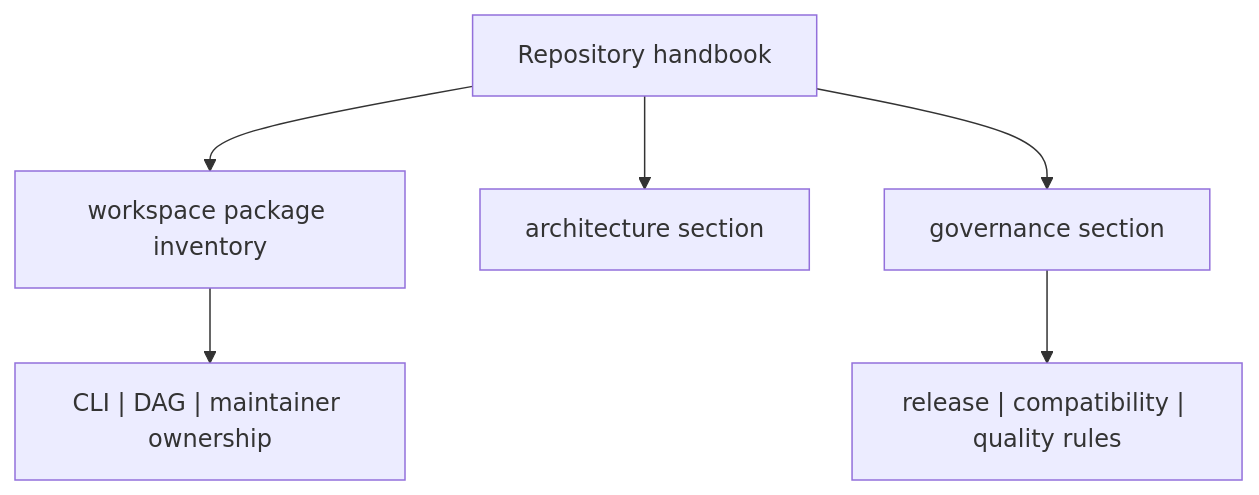
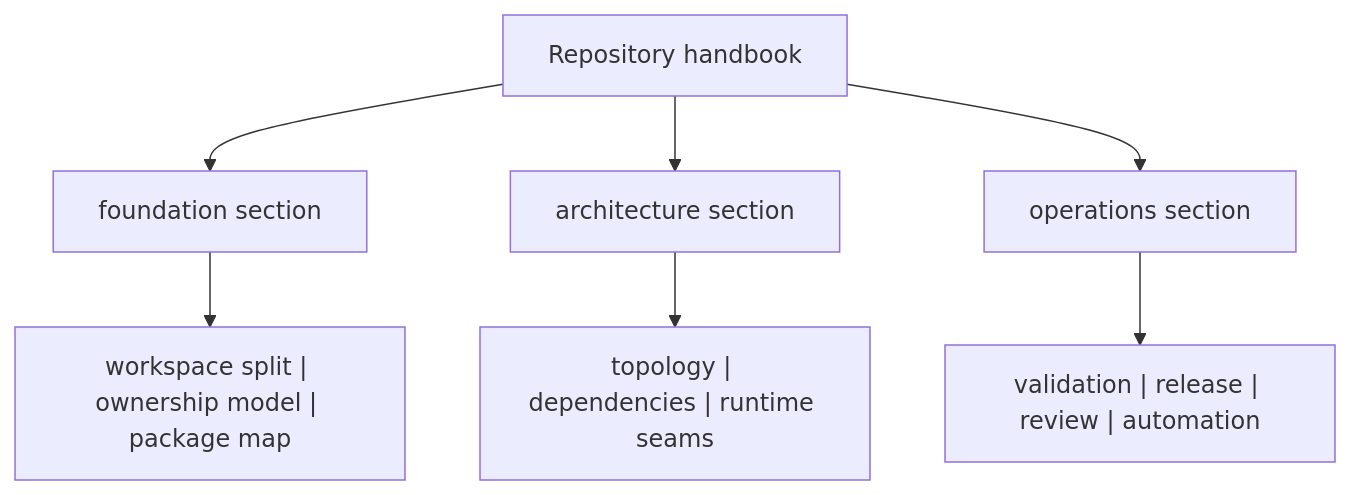
One commit to bijux/bijux-cli changed the diagram in docs/bijux-core/index.md. Above: the diagram before and after it, drawn with Mermaid. The commit also changed other lines of this file, not shown here.

Commit message:
docs(core): reframe the repository handbook entrypoint

````diff
--- a/docs/bijux-core/index.md
+++ b/docs/bijux-core/index.md
@@ -29,9 +34,10 @@
 ```mermaid
 flowchart TB
     handbook["Repository handbook"]
-    handbook --> packages["workspace package inventory"]
+    handbook --> foundation["foundation section"]
     handbook --> architecture["architecture section"]
-    handbook --> governance["governance section"]
-    packages --> boundaries["CLI | DAG | maintainer ownership"]
-    governance --> policies["release | compatibility | quality rules"]
+    handbook --> operations["operations section"]
+    foundation --> boundaries["workspace split | ownership model | package map"]
+    architecture --> structure["topology | dependencies | runtime seams"]
+    operations --> policies["validation | release | review | automation"]
 ```
````
